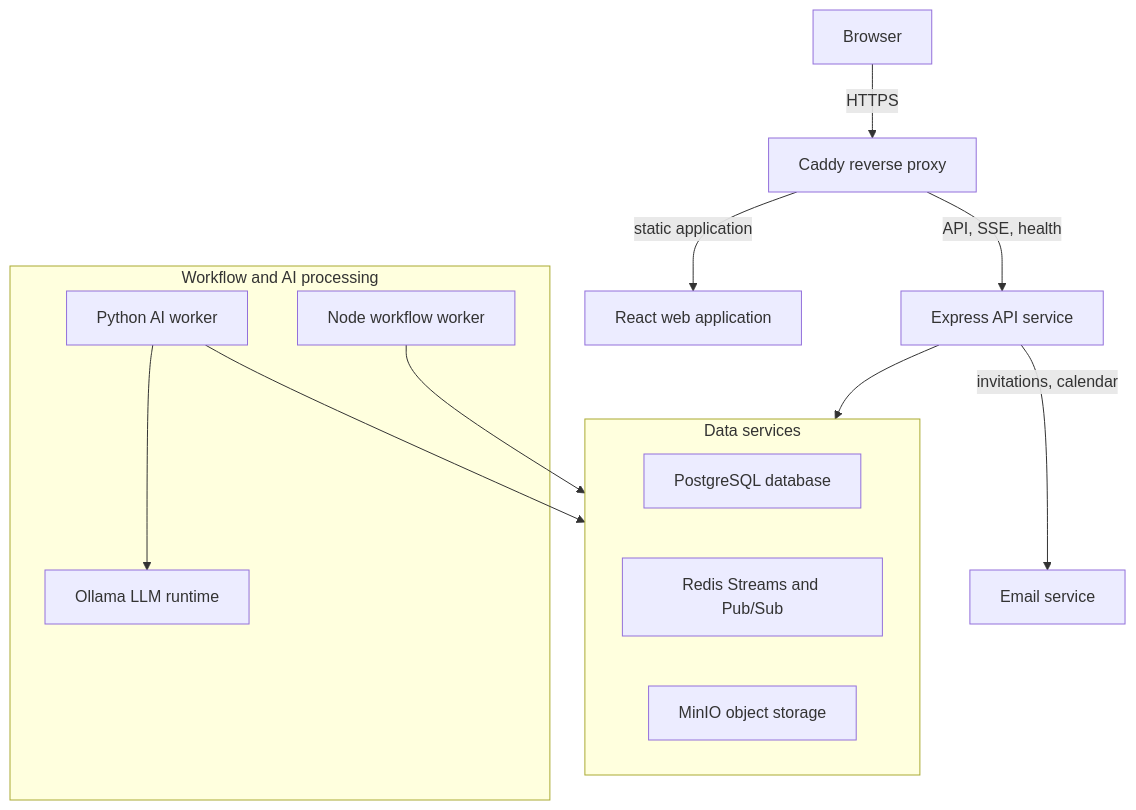
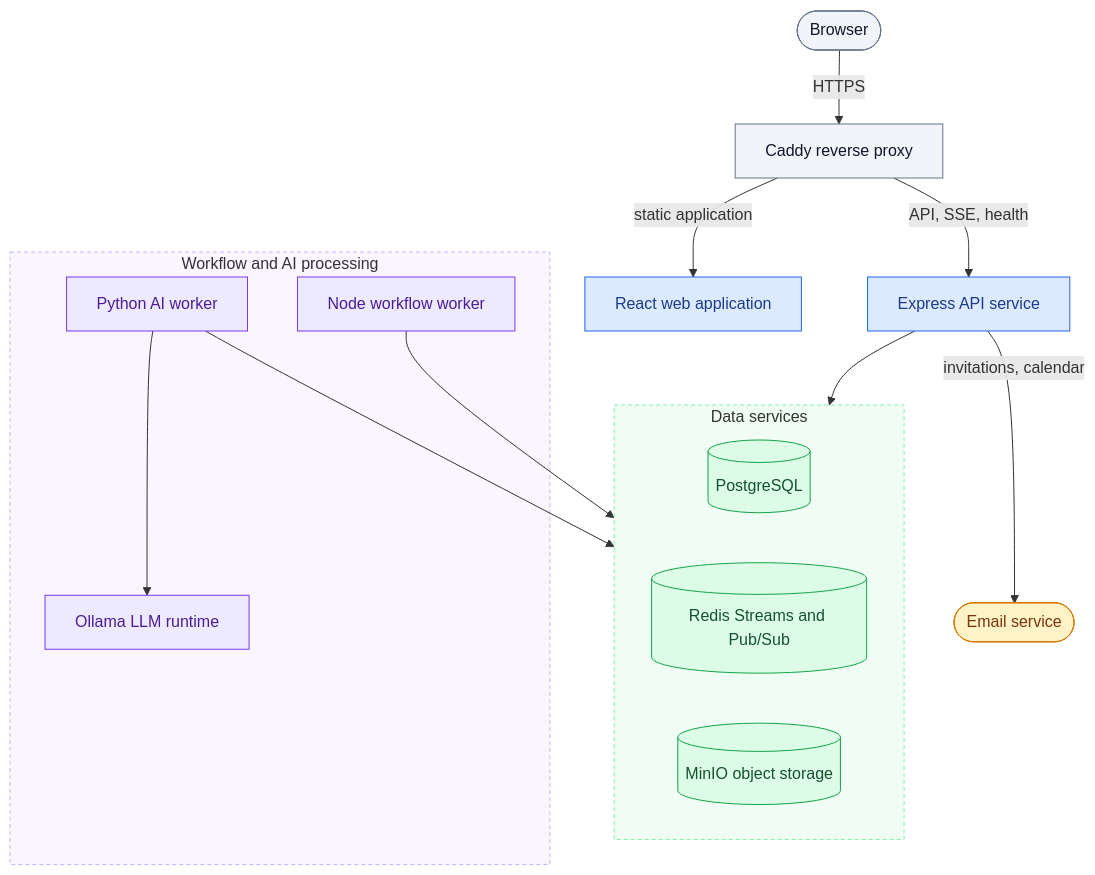
Before and after one commit to DOSTSquad/meeting-mgnt: the first of 5 diagrams in artefacts/docs/technical-spec.md, drawn with Mermaid. The commit also changed other lines of this file and 3 other files, not shown here.

First line of the commit message:
Restyle specification diagrams and regenerate the PDF

````diff
--- a/artefacts/docs/technical-spec.md
+++ b/artefacts/docs/technical-spec.md
@@ -52,24 +52,37 @@
 ```mermaid
 flowchart TB
-  Browser["Browser"] -->|HTTPS| Caddy["Caddy reverse proxy"]
+  Browser(["Browser"]) -->|HTTPS| Caddy["Caddy reverse proxy"]
   Caddy -->|static application| React["React web application"]
   Caddy -->|API, SSE, health| API["Express API service"]
-  API -->|invitations, calendar| Email["Email service"]
+  API -->|invitations, calendar| Email(["Email service"])
 
   subgraph Data["Data services"]
-    Postgres["PostgreSQL database"]
-    Redis["Redis Streams and Pub/Sub"]
-    MinIO["MinIO object storage"]
+    Postgres[("PostgreSQL")]
+    Redis[("Redis Streams and Pub/Sub")]
+    MinIO[("MinIO object storage")]
   end
 
   subgraph AI["Workflow and AI processing"]
     NodeWorker["Node workflow worker"]
     AIWorker["Python AI worker"]
     Ollama["Ollama LLM runtime"]
   end
 
   API --> Data
   NodeWorker --> Data
   AIWorker --> Data
   AIWorker --> Ollama
+
+  classDef entry fill:#f1f5f9,stroke:#64748b,color:#0f172a
+  classDef app fill:#dbeafe,stroke:#2563eb,color:#1e3a8a
+  classDef store fill:#dcfce7,stroke:#16a34a,color:#14532d
+  classDef ai fill:#ede9fe,stroke:#7c3aed,color:#4c1d95
+  classDef ext fill:#fef3c7,stroke:#d97706,color:#78350f
+  class Browser,Caddy entry
+  class React,API app
+  class Postgres,Redis,MinIO store
+  class NodeWorker,AIWorker,Ollama ai
+  class Email ext
+  style Data fill:#f0fdf4,stroke:#86efac,stroke-dasharray:4 3
+  style AI fill:#faf5ff,stroke:#c4b5fd,stroke-dasharray:4 3
 ```
````
